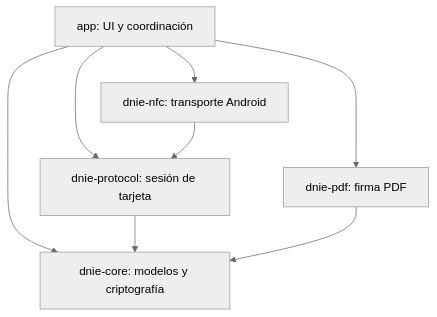
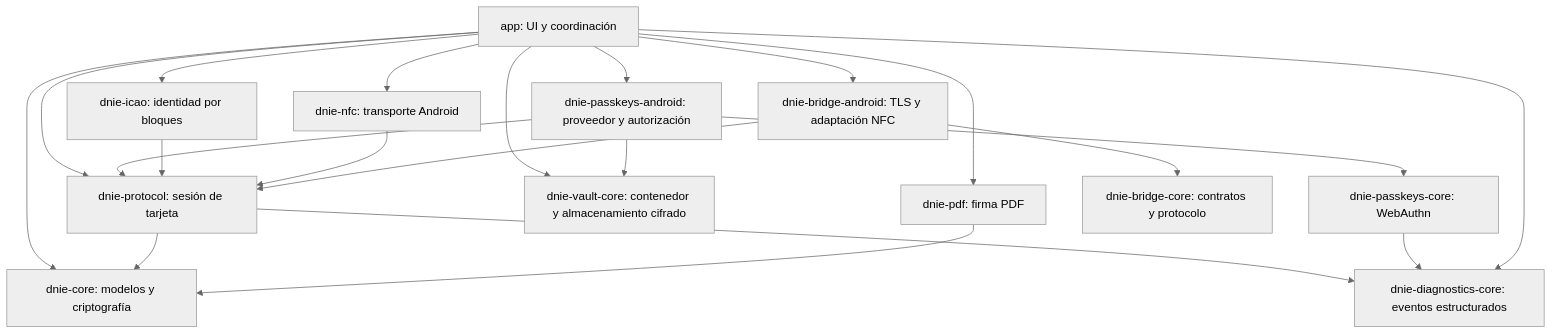
One commit to sebastgm35010/dnie-suite changed the diagram in ARQUITECTURA_FORK.md. Above: the diagram before and after it, drawn with Mermaid (neutral theme). The commit also changed other lines of this file and 413 other files, not shown here.

Commit message:
checkpoint: preserve 1.8.14 verified Android and Windows DNIe signing

````diff
--- a/ARQUITECTURA_FORK.md
+++ b/ARQUITECTURA_FORK.md
@@ -23,10 +30,23 @@
 ```mermaid
 flowchart TD
     App[app: UI y coordinación] --> Nfc[dnie-nfc: transporte Android]
     App --> Protocol[dnie-protocol: sesión de tarjeta]
     App --> Pdf[dnie-pdf: firma PDF]
     App --> Core[dnie-core: modelos y criptografía]
+    App --> Icao[dnie-icao: identidad por bloques]
+    App --> Vault[dnie-vault-core: contenedor y almacenamiento cifrado]
+    App --> PasskeysAndroid[dnie-passkeys-android: proveedor y autorización]
+    PasskeysAndroid --> PasskeysCore[dnie-passkeys-core: WebAuthn]
+    PasskeysAndroid --> Vault
+    PasskeysAndroid --> Protocol
+    Icao --> Protocol
     Nfc --> Protocol
     Protocol --> Core
     Pdf --> Core
+    Protocol --> Diagnostics[dnie-diagnostics-core: eventos estructurados]
+    PasskeysCore --> Diagnostics
+    App --> Diagnostics
+    App --> BridgeAndroid[dnie-bridge-android: TLS y adaptación NFC]
+    BridgeAndroid --> BridgeCore[dnie-bridge-core: contratos y protocolo]
+    BridgeAndroid --> Protocol
 ```
````
